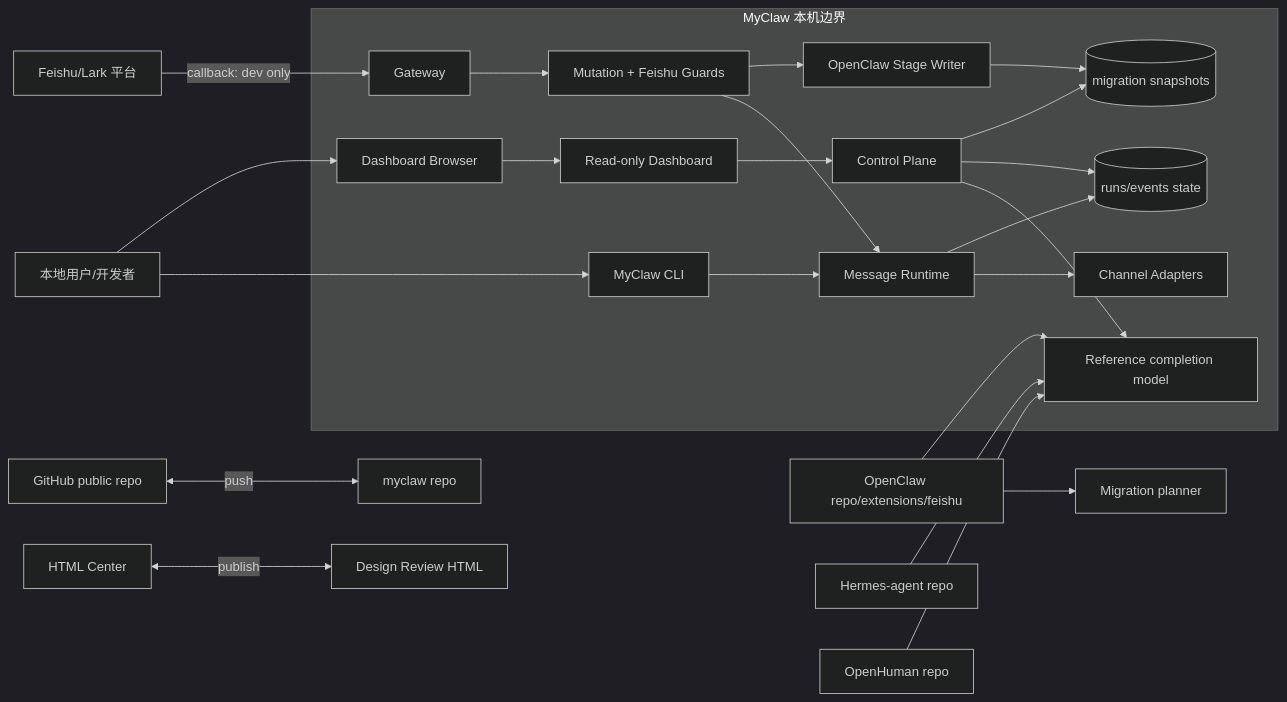
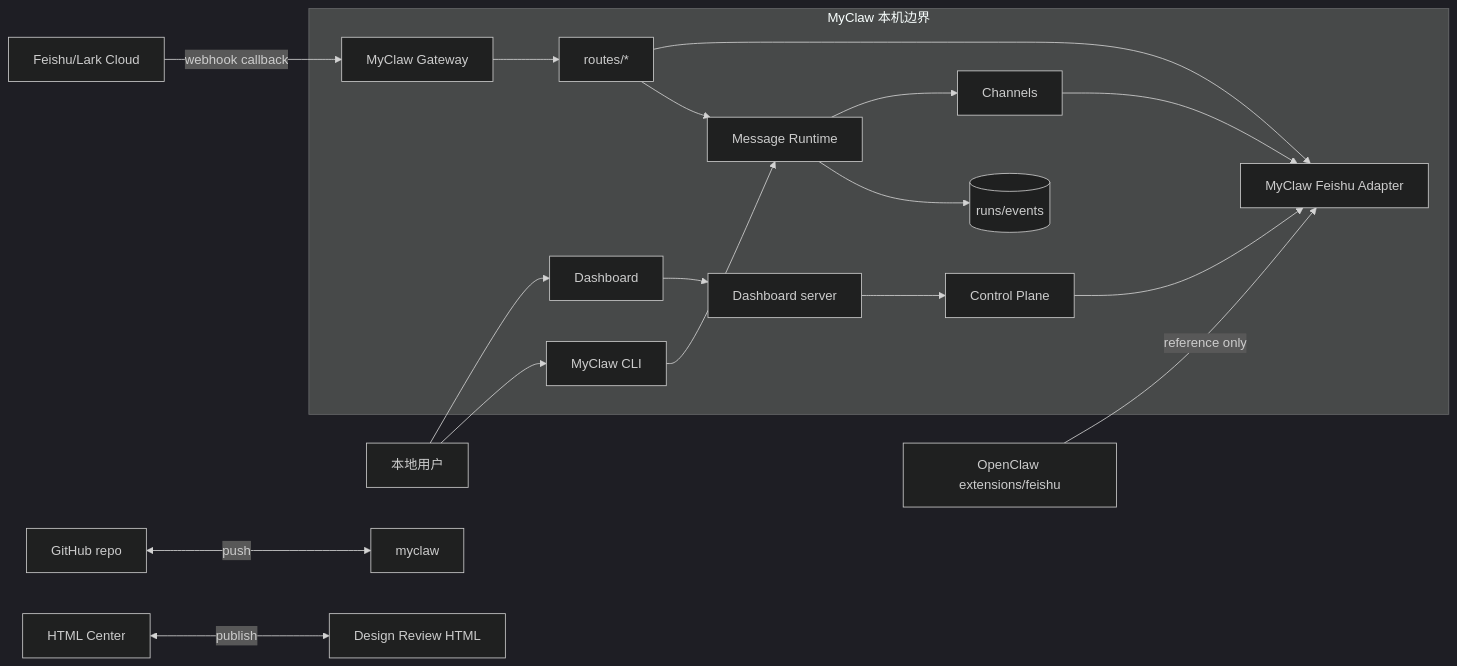
The first of 8 diagrams in docs/implementation-architecture.md (mayf3/myclaw), drawn with Mermaid (dark theme) before and after one commit. The commit also changed other lines of this file and 38 other files, not shown here.

Commit message:
feat: add feishu adapter facade

````diff
--- a/docs/implementation-architecture.md
+++ b/docs/implementation-architecture.md
@@ -44,27 +44,22 @@
 ```mermaid
 flowchart LR
-  User[本地用户/开发者] --> CLI[MyClaw CLI]
-  User --> Browser[Dashboard Browser]
-  Feishu[Feishu/Lark 平台] -->|callback: dev only| Gateway[Gateway]
-  OpenClaw[OpenClaw repo/extensions/feishu] --> Planner[Migration planner]
-  OpenClaw --> Reference[Reference completion model]
-  Hermes[Hermes-agent repo] --> Reference
-  OpenHuman[OpenHuman repo] --> Reference
-  GitHub[GitHub public repo] <-->|push| Repo[myclaw repo]
+  User[本地用户] --> Browser[Dashboard]
+  User --> CLI[MyClaw CLI]
+  Feishu[Feishu/Lark Cloud] -->|webhook callback| Gateway[MyClaw Gateway]
+  OpenClaw[OpenClaw extensions/feishu] -->|reference only| Adapter[MyClaw Feishu Adapter]
+  GitHub[GitHub repo] <-->|push| Repo[myclaw]
   HtmlCenter[HTML Center] <-->|publish| Reports[Design Review HTML]
 
-  subgraph MyClaw[MyClaw 本机边界]
-    CLI --> Runtime[Message Runtime]
-    Gateway --> Guard[Mutation + Feishu Guards]
-    Guard --> Runtime
-    Guard --> StageWriter[OpenClaw Stage Writer]
-    Browser --> DashboardServer[Read-only Dashboard]
-    DashboardServer --> Control[Control Plane]
-    Runtime --> Channels[Channel Adapters]
-    Runtime --> State[(runs/events state)]
-    StageWriter --> StageState[(migration snapshots)]
-    Control --> Reference
-    Control --> State
-    Control --> StageState
+  subgraph Local[MyClaw 本机边界]
+    Gateway --> Routes[routes/*]
+    Routes --> Adapter
+    Routes --> Runtime[Message Runtime]
+    Browser --> Dashboard[Dashboard server]
+    Dashboard --> Control[Control Plane]
+    Control --> Adapter
+    Runtime --> Channels[Channels]
+    Channels --> Adapter
+    Runtime --> State[(runs/events)]
+    CLI --> Runtime
   end
 ```
````
